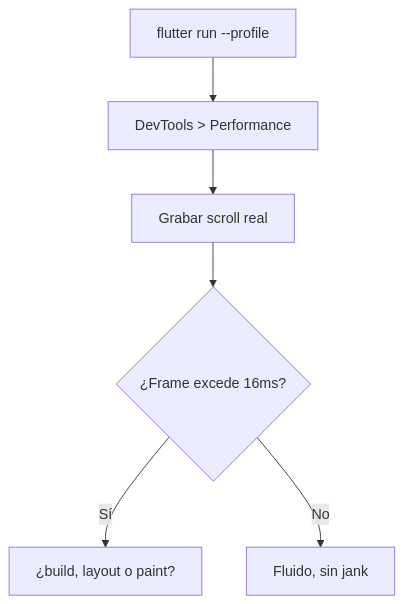
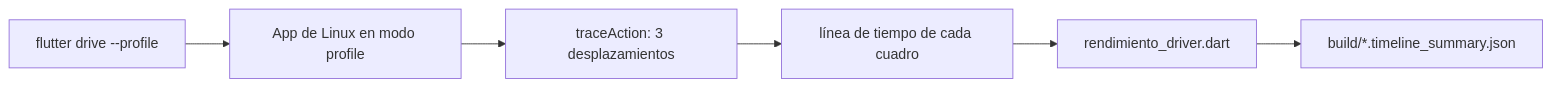
One commit to NICORUIZ93/The_Imperial_Book changed the third of 5 diagrams in web/public/content/flutter/modulo-8.md. Above: the diagram before and after it, drawn with Mermaid. The commit also changed other lines of this file and 10 other files, not shown here.

First line of the commit message:
Flutter, Módulo 8: animaciones cuadro a cuadro y rendimiento medido

````diff
--- a/web/public/content/flutter/modulo-8.md
+++ b/web/public/content/flutter/modulo-8.md
@@ -192,8 +731,8 @@
 ```mermaid
-flowchart TD
-    A["flutter run --profile"] --> B["DevTools > Performance"]
-    B --> C["Grabar scroll real"]
-    C --> D{"¿Frame excede 16ms?"}
-    D -->|Sí| E["¿build, layout o paint?"]
-    D -->|No| F["Fluido, sin jank"]
+flowchart LR
+    D["flutter drive --profile"] --> A["App de Linux en modo profile"]
+    A --> T["traceAction: 3 desplazamientos"]
+    T --> L["línea de tiempo de cada cuadro"]
+    L --> DR["rendimiento_driver.dart"]
+    DR --> S["build/*.timeline_summary.json"]
 ```
````
